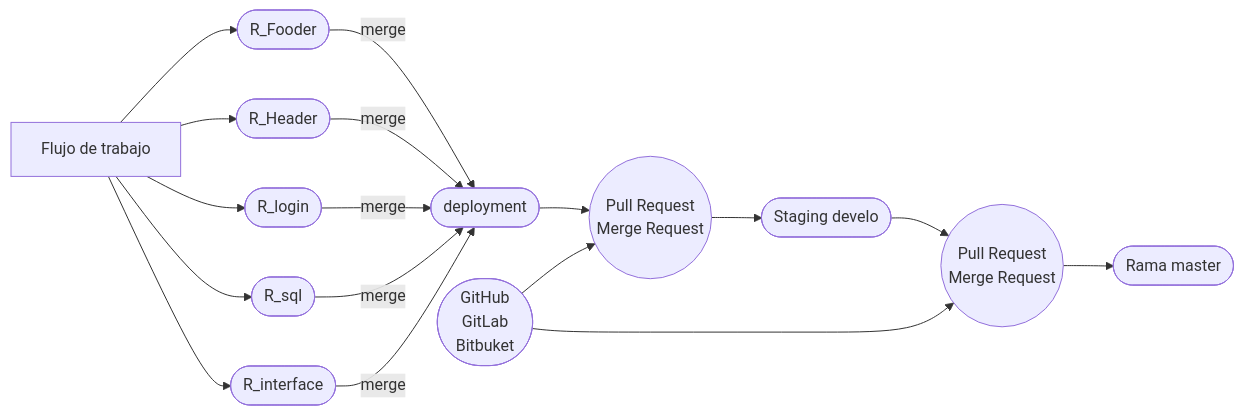
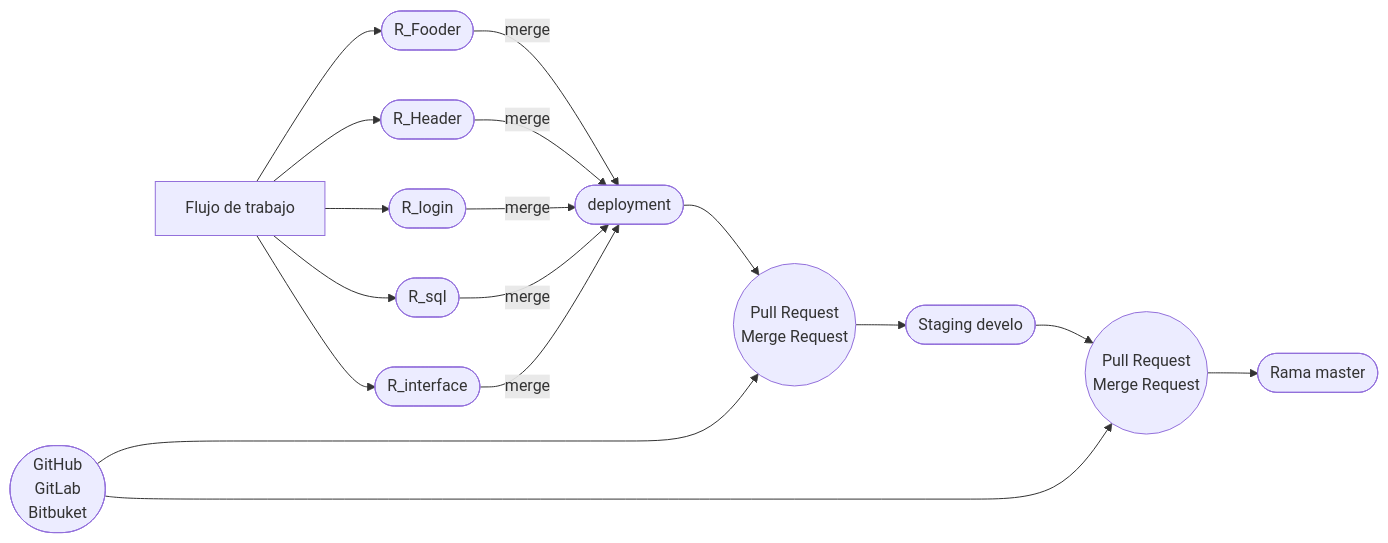
Before and after one commit to dczinil/git: the third of 3 diagrams in Notas_del_curso_de_git.md, drawn with Mermaid.

Commit message:
Trabajando en los graficos de flujo de trebajo p23 nuevo grafico

````diff
--- a/Notas_del_curso_de_git.md
+++ b/Notas_del_curso_de_git.md
@@ -253,15 +253,15 @@
 ```mermaid
 
 graph LR
 A[Flujo de trabajo]-->B([R_Fooder])--merge-->H
 A[Flujo de trabajo]-->C([R_Header])--merge-->H
 A[Flujo de trabajo]-->D([R_login])--merge-->H
 A[Flujo de trabajo]-->E([R_sql])--merge-->H
 A[Flujo de trabajo]-->G([R_interface])--merge-->H
 H([deployment])-->L((Pull Request</br>Merge Request))-->I([Staging  develo])-->O((Pull Request</br>Merge Request))-->K([Rama master])
 
 P([GitHub</br>GitLab</br>Bitbuket</br>])-->O
-P([GitHub</br>GitLab</br>Bitbuket</br>])-->L
+P([GitHub</br>GitLab</br>Bitbuket</br>])----->L
 
 
 ```
````
